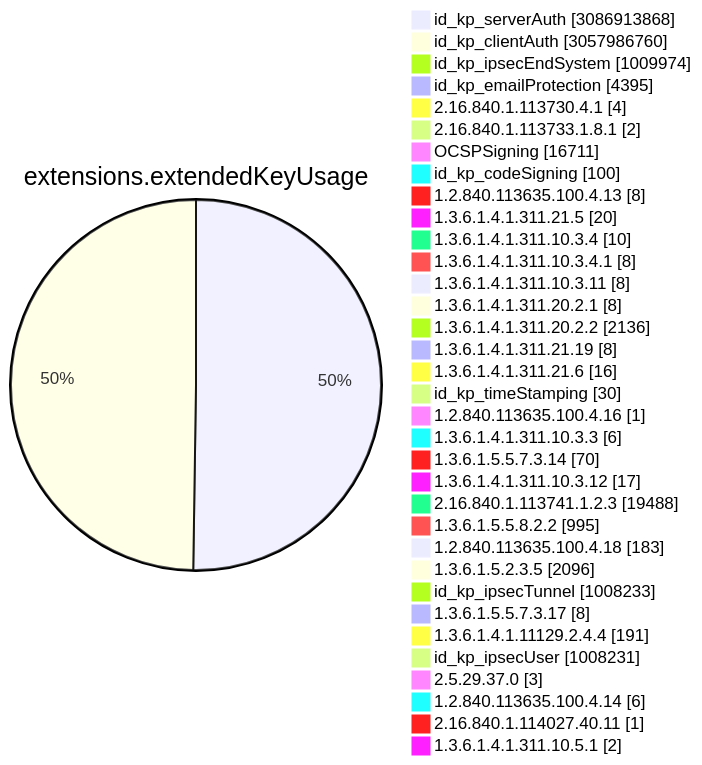
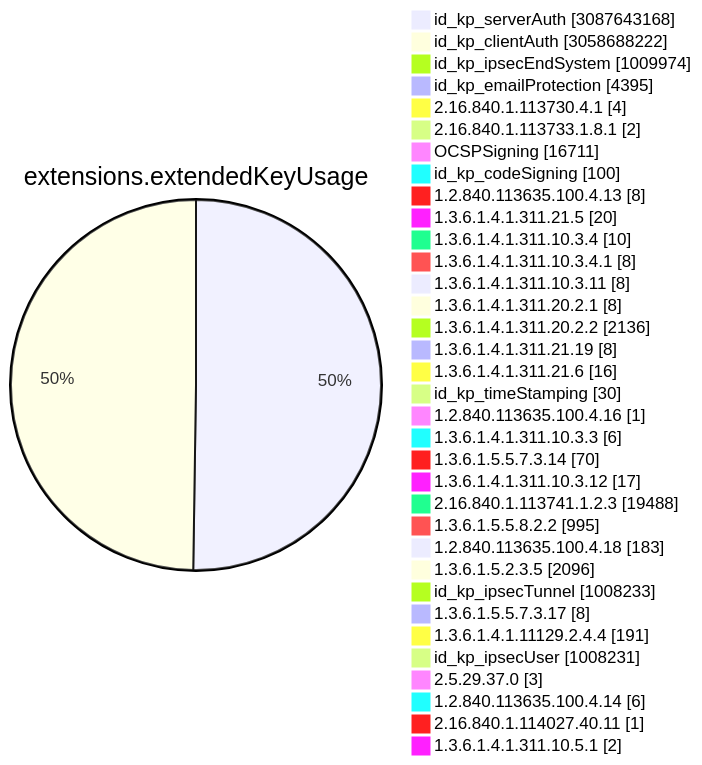
One commit to christiankrug/ctmonitor_visualization changed diagram 11 of 15 in TOTAL/README.md. Above: the diagram before and after it, drawn with Mermaid. The commit also changed other lines of this file, not shown here.

````diff
--- a/TOTAL/README.md
+++ b/TOTAL/README.md
@@ -4119,38 +4119,38 @@
 ```mermaid
 pie showData
 title extensions.extendedKeyUsage
-"id_kp_serverAuth" :3086913868
-"id_kp_clientAuth" :3057986760
+"id_kp_serverAuth" :3087643168
+"id_kp_clientAuth" :3058688222
 "id_kp_ipsecEndSystem" :1009974
 "id_kp_emailProtection" :4395
 "2.16.840.1.113730.4.1" :4
 "2.16.840.1.113733.1.8.1" :2
 "OCSPSigning" :16711
 "id_kp_codeSigning" :100
 "1.2.840.113635.100.4.13" :8
 "1.3.6.1.4.1.311.21.5" :20
 "1.3.6.1.4.1.311.10.3.4" :10
 "1.3.6.1.4.1.311.10.3.4.1" :8
 "1.3.6.1.4.1.311.10.3.11" :8
 "1.3.6.1.4.1.311.20.2.1" :8
 "1.3.6.1.4.1.311.20.2.2" :2136
 "1.3.6.1.4.1.311.21.19" :8
 "1.3.6.1.4.1.311.21.6" :16
 "id_kp_timeStamping" :30
 "1.2.840.113635.100.4.16" :1
 "1.3.6.1.4.1.311.10.3.3" :6
 "1.3.6.1.5.5.7.3.14" :70
 "1.3.6.1.4.1.311.10.3.12" :17
 "2.16.840.1.113741.1.2.3" :19488
 "1.3.6.1.5.5.8.2.2" :995
 "1.2.840.113635.100.4.18" :183
 "1.3.6.1.5.2.3.5" :2096
 "id_kp_ipsecTunnel" :1008233
 "1.3.6.1.5.5.7.3.17" :8
 "1.3.6.1.4.1.11129.2.4.4" :191
 "id_kp_ipsecUser" :1008231
 "2.5.29.37.0" :3
 "1.2.840.113635.100.4.14" :6
 "2.16.840.1.114027.40.11" :1
 "1.3.6.1.4.1.311.10.5.1" :2
 ```
````
